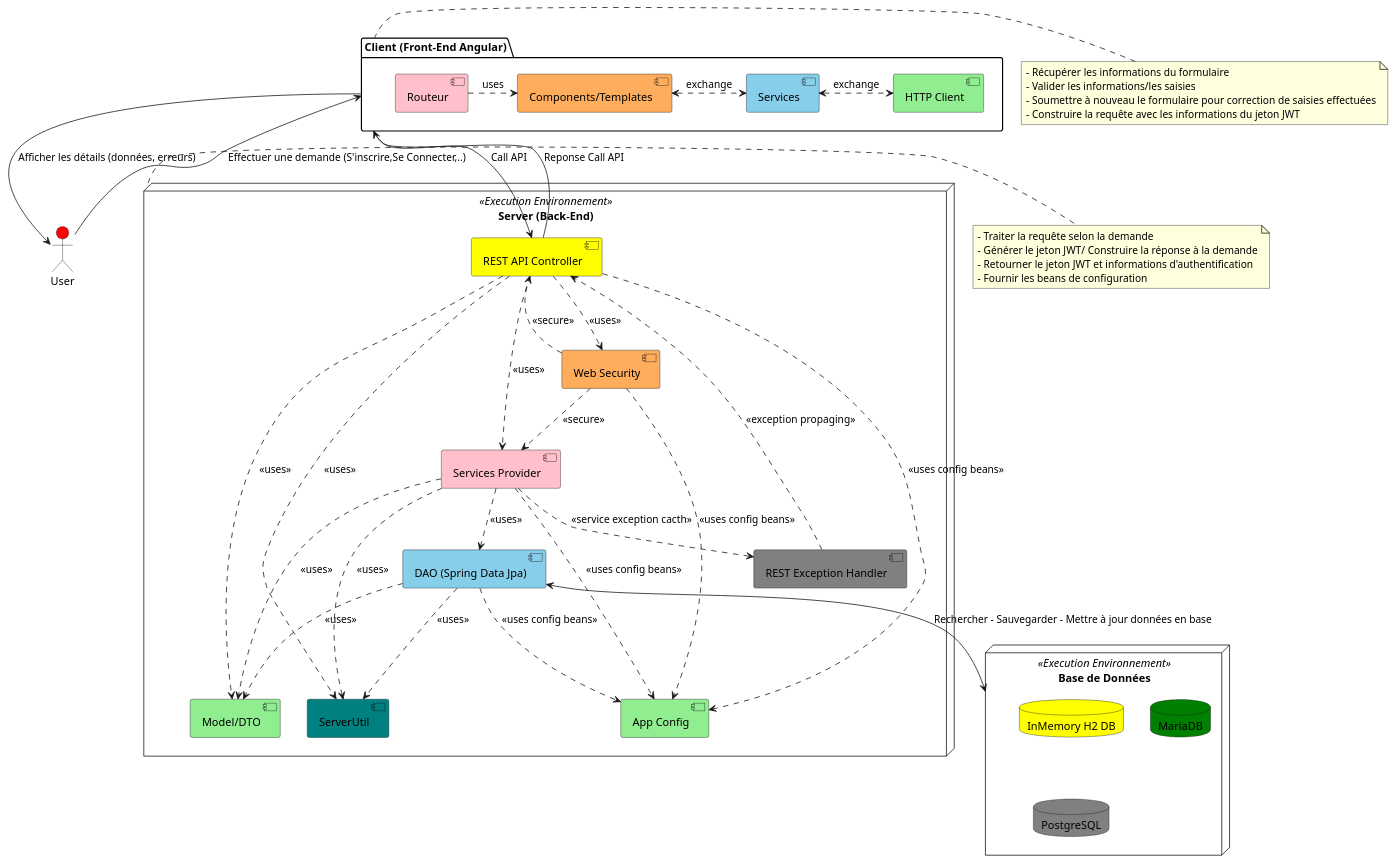
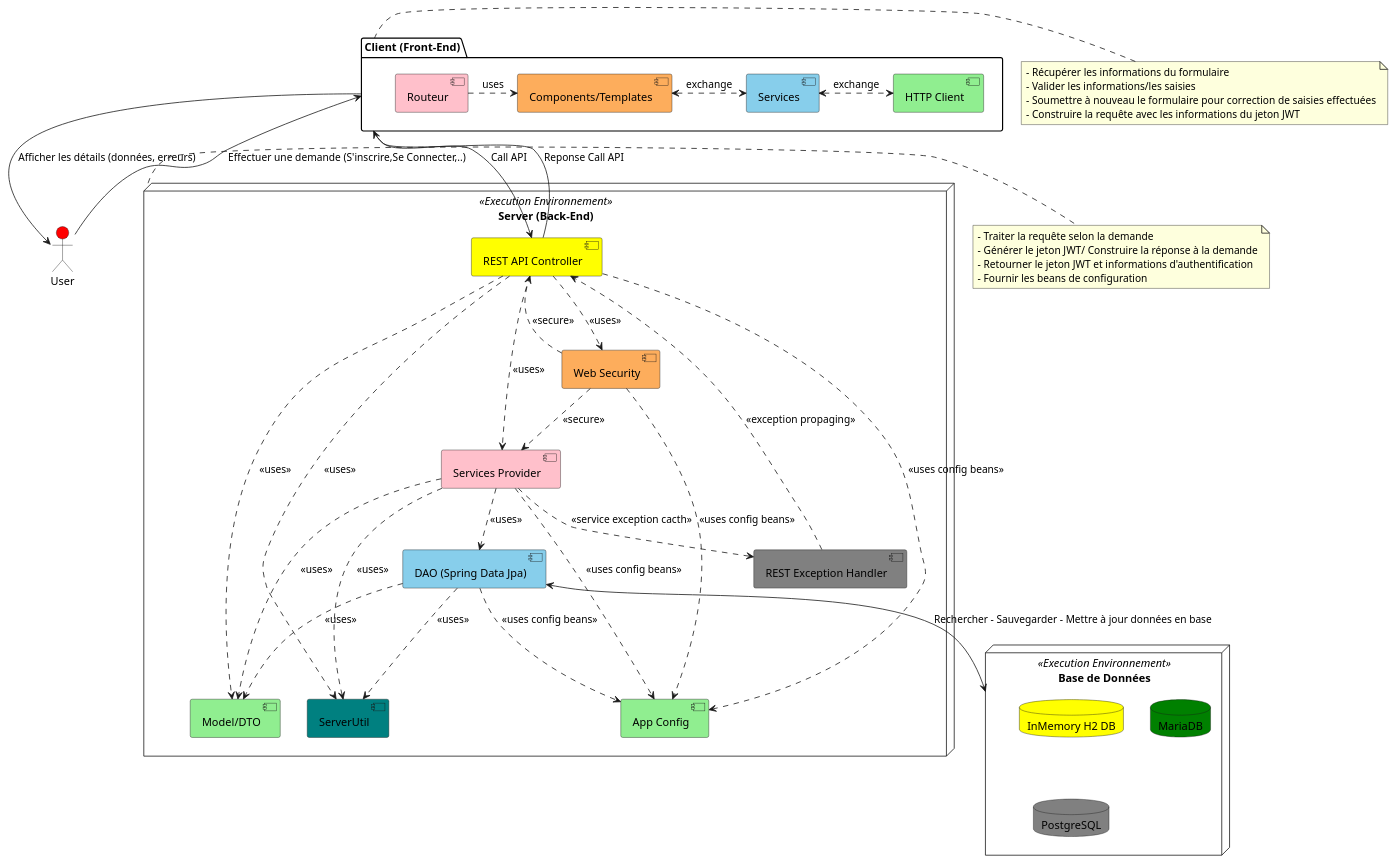
The first of 6 diagrams in README.md (Corey-Peyton/jwt-auth-web-api-sandbox), drawn with PlantUML before and after one commit. The commit also changed other lines of this file, not shown here.

Commit message:
modif Specs pour ajout front-end React JS

````diff
--- a/README.md
+++ b/README.md
@@ -95,82 +95,82 @@
 ```plantuml
 @startuml
 ' Défintion des acteurs
 actor User #red
 
 ' Défintion du serveur Front-End dans l'architecture (le noeud)
-package "Client (Front-End Angular)" as Client  {
+package "Client (Front-End)" as Client  {
 [Routeur]  .> [Components/Templates] : uses
 [Components/Templates] <.> [Services] : exchange
 [Services] <.> [HTTP Client] : exchange
 }
 
 ' Défintion des couleurs des composants du serveur
 [Routeur] #Pink
 [Components/Templates] #fdad5c
 [Services] #skyblue
 [HTTP Client] #lightgreen
 
 ' Défintion du serveur Back-End dans l'architecture (le noeud)
 node "Server (Back-End)" as Server  <<Execution Environnement>> {
 [REST API Controller] ..> [Web Security] : <<uses>>
 [Web Security] ..> [REST API Controller] : <<secure>>
 [Web Security] ..> [Services Provider] : <<secure>>
 [REST API Controller] ..> [Services Provider] : <<uses>>
 [REST API Controller] ..> [Model/DTO] : <<uses>>
 [Services Provider] ..> [Model/DTO] : <<uses>>
 [DAO (Spring Data Jpa)] ..> [Model/DTO] : <<uses>>
 [DAO (Spring Data Jpa)] ..> [ServerUtil] : <<uses>>
 [Services Provider] ..> [ServerUtil] : <<uses>>
 [REST API Controller] ..> [ServerUtil] : <<uses>>
 [Services Provider] ..> [DAO (Spring Data Jpa)] : <<uses>>
 [Services Provider] ..> [REST Exception Handler] : <<service exception cacth>>
 [REST Exception Handler] ..> [REST API Controller] : <<exception propaging>>
 [REST API Controller] ..> [App Config] : <<uses config beans>>
 [Services Provider] ..> [App Config] : <<uses config beans>>
 [DAO (Spring Data Jpa)] ..> [App Config] : <<uses config beans>>
 [Web Security] ..> [App Config] : <<uses config beans>>
 }
 
 ' Défintion des couleurs des composants du serveur
 [REST API Controller] #Yellow
 [Web Security] #fdad5c
 [Services Provider] #Pink
 [DAO (Spring Data Jpa)] #skyblue
 [Model/DTO] #lightgreen
 [ServerUtil] #teal
 [REST Exception Handler] #Gray
 [App Config] #lightgreen
 
 ' Défintion de la base de données dans l'architecture
 node "Base de Données" as BDD <<Execution Environnement>> {
 database "InMemory H2 DB" #Yellow
 database "MariaDB" #Green
 database "PostgreSQL" #Gray
 }
 
 ' Ajout de commentaires
 note left of Client
 - Récupérer les informations du formulaire
 - Valider les informations/les saisies
 - Soumettre à nouveau le formulaire pour correction de saisies effectuées
 - Construire la requête avec les informations du jeton JWT
 end note
 
 ' Ajout de commentaires
 note right of Server 
 - Traiter la requête selon la demande 
 - Générer le jeton JWT/ Construire la réponse à la demande
 - Retourner le jeton JWT et informations d'authentification
 - Fournir les beans de configuration
 end note
 
 ' Définition des interactions entres les composants de l'architecture
 User --> Client : Effectuer une demande (S'inscrire,Se Connecter,..)
 Client--> User : Afficher les détails (données, erreurs)
 Client  --> [REST API Controller] :  Call API
 [REST API Controller] --> Client   :  Reponse Call API
 [DAO (Spring Data Jpa)] <--> BDD : Rechercher - Sauvegarder - Mettre à jour données en base
 '[App Config] --> Server : <<Config beans>>
 'Server  <-- [App Config] : <<Consommer Config beans>>
 @enduml
 ```
````
